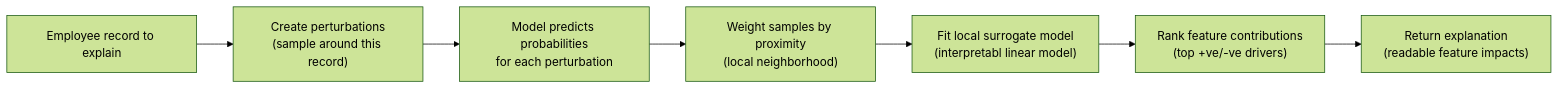
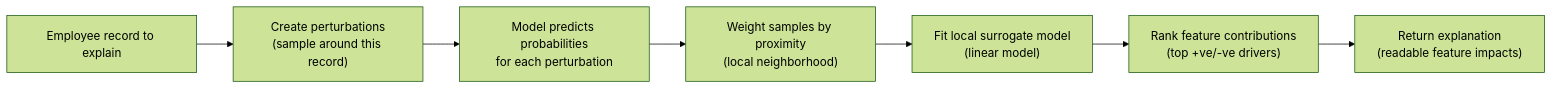
Before and after one commit to gpsaggese/gpsaggese.github.io: the third of 3 diagrams in class_project/MSML610/Fall2025/Projects/UmdTask62_Fall2025_LIME_Employee_Attrition_Prediction/README.md, drawn with Mermaid (forest theme). The commit also changed other lines of this file and 4 other files, not shown here.

````diff
--- a/class_project/MSML610/Fall2025/Projects/UmdTask62_Fall2025_LIME_Employee_Attrition_Prediction/README.md
+++ b/class_project/MSML610/Fall2025/Projects/UmdTask62_Fall2025_LIME_Employee_Attrition_Prediction/README.md
@@ -552,9 +553,9 @@
 ```mermaid
 flowchart LR
   X["Employee record to explain"] --> A["Create perturbations<br/>(sample around this record)"]
   A --> B["Model predicts probabilities<br/>for each perturbation"]
   B --> C["Weight samples by proximity<br/>(local neighborhood)"]
-  C --> D["Fit local surrogate model<br/>(interpretabl linear model)"]
+  C --> D["Fit local surrogate model<br/>(linear model)"]
   D --> E["Rank feature contributions<br/>(top +ve/-ve drivers)"]
   E --> F["Return explanation<br/>(readable feature impacts)"]
 ```
````
